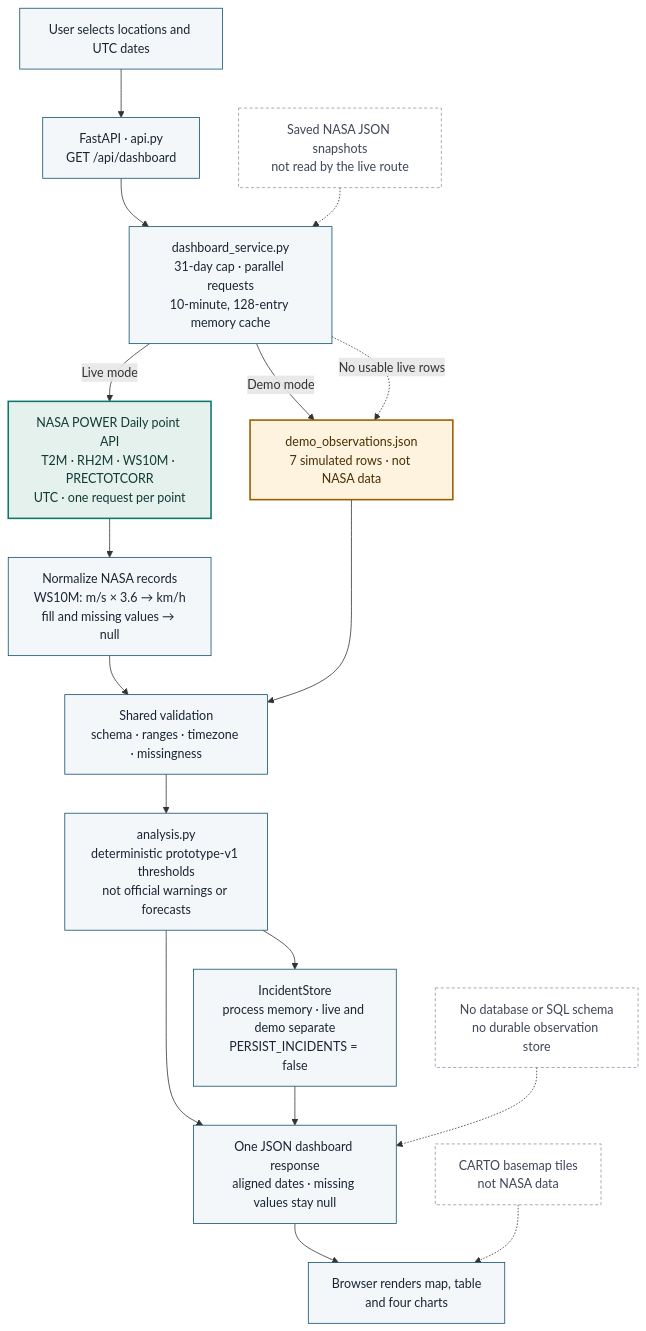
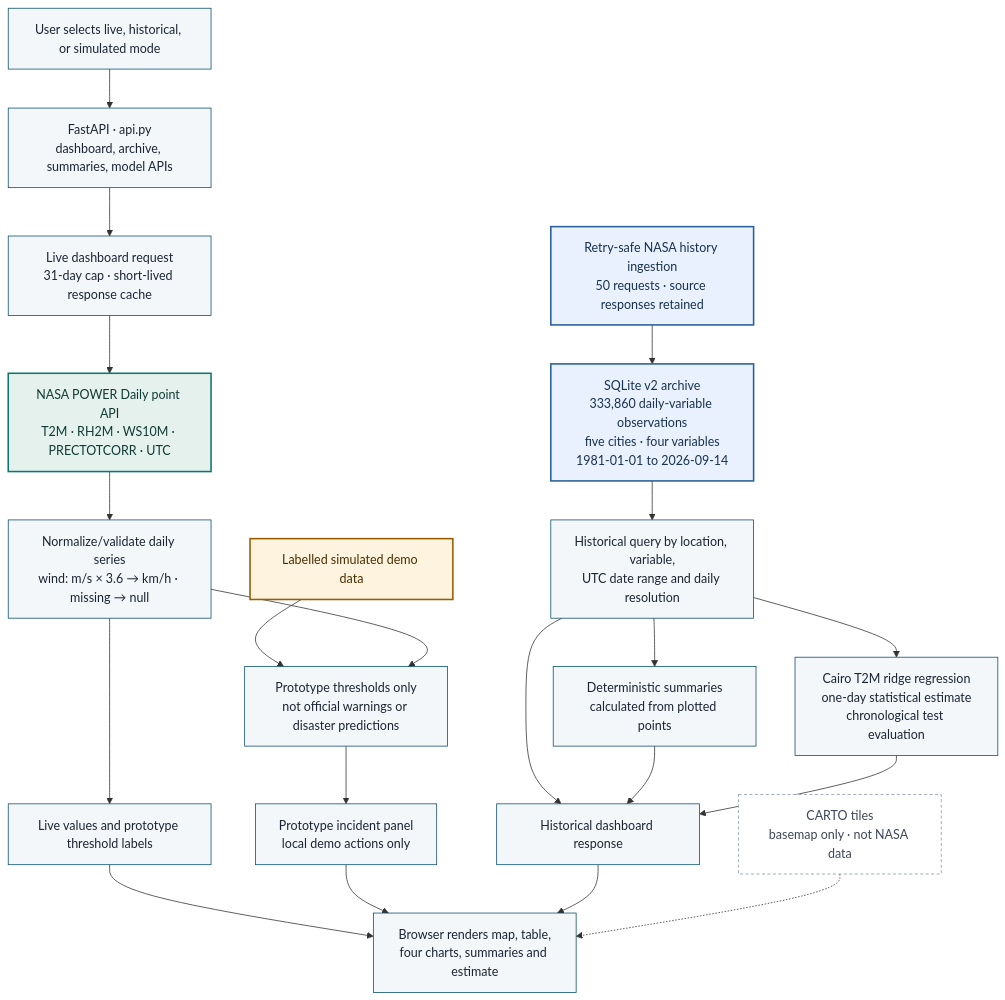
One commit to aliahmed-star/earthscope changed the diagram in submission_deliverables_2026-11-14/assets/earthscope_dataflow_light.mmd. Above: the diagram before and after it, drawn with Mermaid. The commit also changed 31 other files, not shown here.

```diff
--- a/submission_deliverables_2026-11-14/assets/earthscope_dataflow_light.mmd
+++ b/submission_deliverables_2026-11-14/assets/earthscope_dataflow_light.mmd
@@ -1,26 +1,33 @@
-flowchart TD
-    START["User selects locations and UTC dates"] --> API["FastAPI · api.py<br/>GET /api/dashboard"]
-    API --> SVC["dashboard_service.py<br/>31-day cap · parallel requests<br/>10-minute, 128-entry memory cache"]
-    SVC -->|Live mode| NASA["NASA POWER Daily point API<br/>T2M · RH2M · WS10M · PRECTOTCORR<br/>UTC · one request per point"]
-    SVC -->|Demo mode| DEMO["demo_observations.json<br/>7 simulated rows · not NASA data"]
-    SVC -.->|No usable live rows| DEMO
-    NASA --> NORM["Normalize NASA records<br/>WS10M: m/s × 3.6 → km/h<br/>fill and missing values → null"]
-    NORM --> VALID["Shared validation<br/>schema · ranges · timezone · missingness"]
-    DEMO --> VALID
-    VALID --> RISK["analysis.py<br/>deterministic prototype-v1 thresholds<br/>not official warnings or forecasts"]
-    RISK --> PAY["One JSON dashboard response<br/>aligned dates · missing values stay null"]
-    RISK --> INC["IncidentStore<br/>process memory · live and demo separate<br/>PERSIST_INCIDENTS = false"]
-    INC --> PAY
-    PAY --> RENDER["Browser renders map, table<br/>and four charts"]
-    CARTO["CARTO basemap tiles<br/>not NASA data"] -.-> RENDER
-    SNAP["Saved NASA JSON snapshots<br/>not read by the live route"] -.-> SVC
-    DB["No database or SQL schema<br/>no durable observation store"] -.-> PAY
+flowchart TB
+    START["User selects live, historical, or simulated mode"] --> API["FastAPI · api.py<br/>dashboard, archive, summaries, model APIs"]
+    API --> LIVEQ["Live dashboard request<br/>31-day cap · short-lived response cache"]
+    LIVEQ --> NASA["NASA POWER Daily point API<br/>T2M · RH2M · WS10M · PRECTOTCORR · UTC"]
+    NASA --> NORM["Normalize/validate daily series<br/>wind: m/s × 3.6 → km/h · missing → null"]
+    NORM --> LIVE["Live values and prototype threshold labels"]
+
+    INGEST["Retry-safe NASA history ingestion<br/>50 requests · source responses retained"] --> DB["SQLite v2 archive<br/>333,860 daily-variable observations<br/>five cities · four variables<br/>1981-01-01 to 2026-09-14"]
+    DB --> QUERY["Historical query by location, variable,<br/>UTC date range and daily resolution"]
+    QUERY --> SUM["Deterministic summaries<br/>calculated from plotted points"]
+    QUERY --> MODEL["Cairo T2M ridge regression<br/>one-day statistical estimate<br/>chronological test evaluation"]
+    QUERY --> HIST["Historical dashboard response"]
+    SUM --> HIST
+    MODEL --> HIST
+
+    DEMO["Labelled simulated demo data"] --> RULES["Prototype thresholds only<br/>not official warnings or disaster predictions"]
+    NORM --> RULES
+    RULES --> INC["Prototype incident panel<br/>local demo actions only"]
+    LIVE --> RENDER["Browser renders map, table,<br/>four charts, summaries and estimate"]
+    INC --> RENDER
+    HIST --> RENDER
+    CARTO["CARTO tiles<br/>basemap only · not NASA data"] -.-> RENDER
 
     classDef app fill:#F4F7FA,stroke:#0B4F6C,color:#1B2433,stroke-width:1px;
     classDef nasa fill:#E4F1EC,stroke:#0F766E,color:#123A34,stroke-width:2px;
     classDef demo fill:#FDF3DE,stroke:#9A5B00,color:#4A2E00,stroke-width:2px;
+    classDef store fill:#E8F1FD,stroke:#2B5E9A,color:#18314F,stroke-width:2px;
     classDef note fill:#FFFFFF,stroke:#8A97A8,color:#3D4757,stroke-dasharray:4 3;
-    class START,API,SVC,NORM,VALID,RISK,INC,PAY,RENDER app;
+    class START,API,LIVEQ,NORM,LIVE,QUERY,SUM,MODEL,HIST,RULES,INC,RENDER app;
     class NASA nasa;
     class DEMO demo;
-    class CARTO,SNAP,DB note;
+    class DB,INGEST store;
+    class CARTO note;
```
